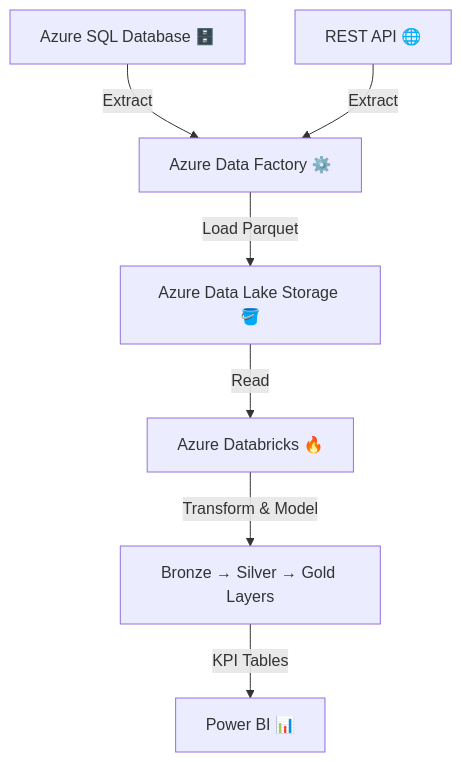
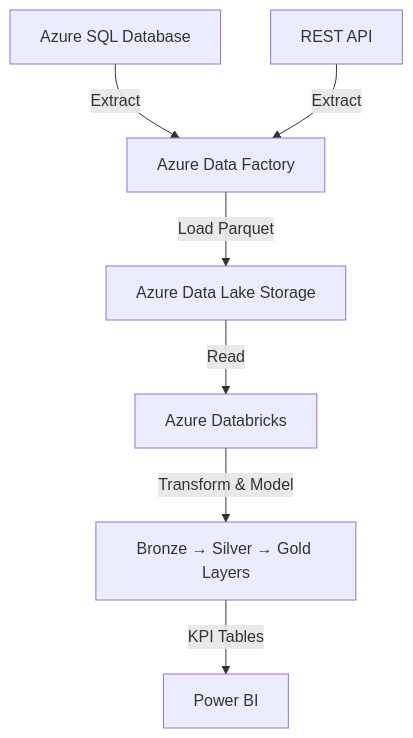
One commit to Bishoy-Effat/01-Retails-Data-Pipeline changed the first of 2 diagrams in README.md. Above: the diagram before and after it, drawn with Mermaid.

````diff
--- a/README.md
+++ b/README.md
@@ -16,10 +16,10 @@
 ```mermaid
 graph TD
-A[Azure SQL Database 🗄️] -->|Extract| B[Azure Data Factory ⚙️]
-C[REST API 🌐] -->|Extract| B
-B -->|Load Parquet| D[Azure Data Lake Storage 🪣]
-D -->|Read| E[Azure Databricks 🔥]
+A[Azure SQL Database ] -->|Extract| B[Azure Data Factory ]
+C[REST API ] -->|Extract| B
+B -->|Load Parquet| D[Azure Data Lake Storage ]
+D -->|Read| E[Azure Databricks ]
 E -->|Transform & Model| F[Bronze → Silver → Gold Layers]
-F -->|KPI Tables| G[Power BI 📊]
+F -->|KPI Tables| G[Power BI ]
 
 ```
````
